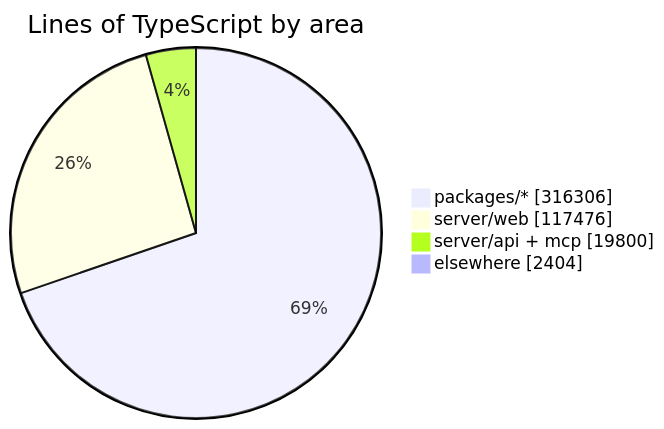
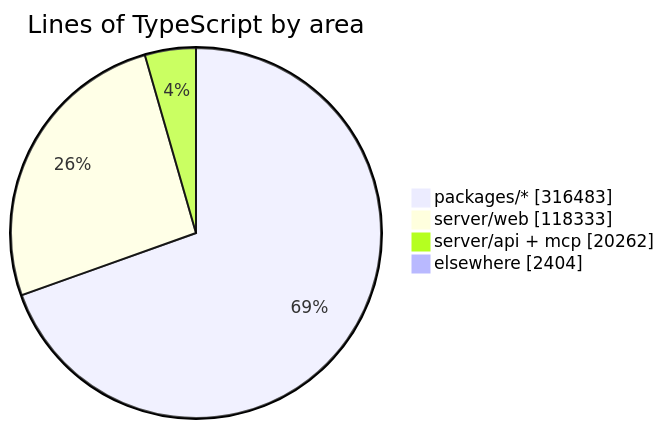
Before and after one commit to crossworks-engineering/mantle: the diagram in README.md, drawn with Mermaid. The commit also changed other lines of this file and 2 other files, not shown here.

````diff
--- a/README.md
+++ b/README.md
@@ -294,7 +294,7 @@
 ```mermaid
 pie showData title Lines of TypeScript by area
-    "packages/*" : 316306
-    "server/web" : 117476
-    "server/api + mcp" : 19800
+    "packages/*" : 316483
+    "server/web" : 118333
+    "server/api + mcp" : 20262
     "elsewhere" : 2404
 ```
````
